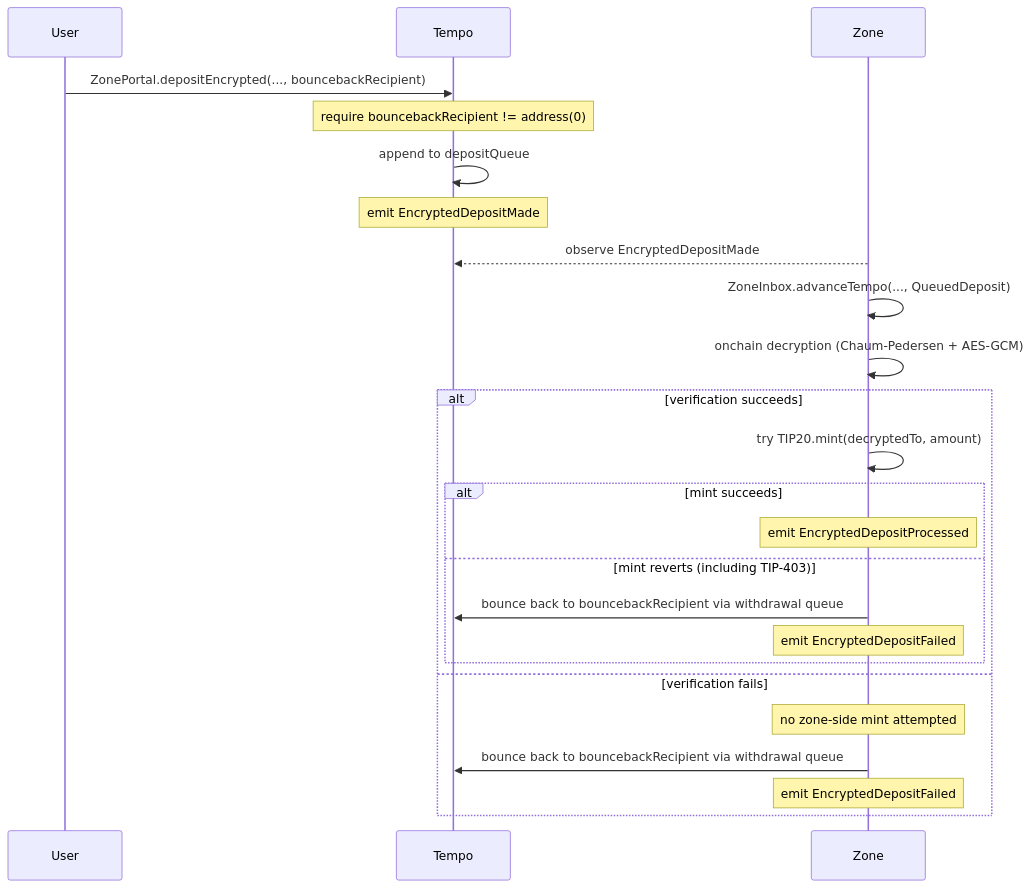
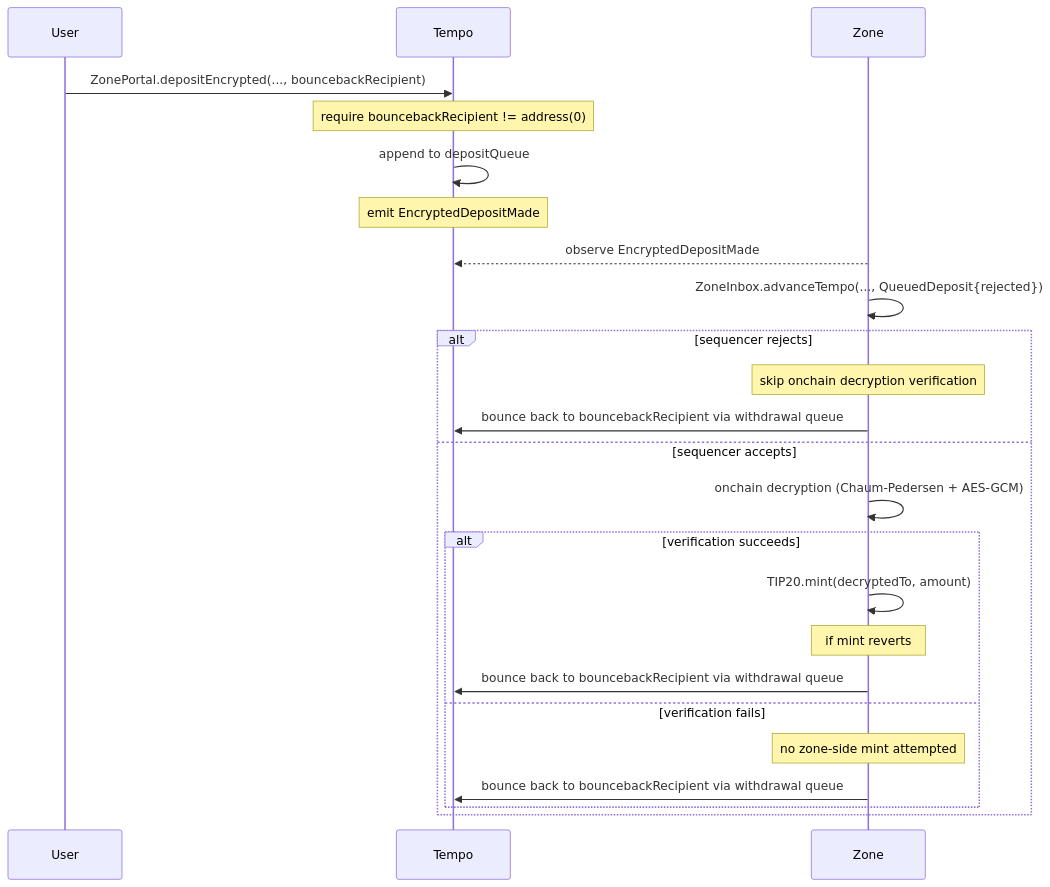
The third of 6 diagrams in specs/spec.md (Dustin4444/zones), drawn with Mermaid before and after one commit. The commit also changed other lines of this file and 1 other file, not shown here.

Commit message:
docs(inbox): restore sequencer deposit rejection

````diff
--- a/specs/spec.md
+++ b/specs/spec.md
@@ -460,27 +460,27 @@
 ```mermaid
 sequenceDiagram
     participant U as User
     participant T as Tempo
     participant Z as Zone
 
     U->>T: ZonePortal.depositEncrypted(..., bouncebackRecipient)
     Note over T: require bouncebackRecipient != address(0)
     T->>T: append to depositQueue
     Note over T: emit EncryptedDepositMade
     Z-->>T: observe EncryptedDepositMade
-    Z->>Z: ZoneInbox.advanceTempo(..., QueuedDeposit)
-    Z->>Z: onchain decryption (Chaum-Pedersen + AES-GCM)
-    alt verification succeeds
-        Z->>Z: try TIP20.mint(decryptedTo, amount)
-        alt mint succeeds
-            Note over Z: emit EncryptedDepositProcessed
-        else mint reverts (including TIP-403)
+    Z->>Z: ZoneInbox.advanceTempo(..., QueuedDeposit{rejected})
+    alt sequencer rejects
+        Note over Z: skip onchain decryption verification
+        Z->>T: bounce back to bouncebackRecipient via withdrawal queue
+    else sequencer accepts
+        Z->>Z: onchain decryption (Chaum-Pedersen + AES-GCM)
+        alt verification succeeds
+            Z->>Z: TIP20.mint(decryptedTo, amount)
+            Note over Z: if mint reverts
             Z->>T: bounce back to bouncebackRecipient via withdrawal queue
-            Note over Z: emit EncryptedDepositFailed
+        else verification fails
+            Note over Z: no zone-side mint attempted
+            Z->>T: bounce back to bouncebackRecipient via withdrawal queue
         end
-    else verification fails
-        Note over Z: no zone-side mint attempted
-        Z->>T: bounce back to bouncebackRecipient via withdrawal queue
-        Note over Z: emit EncryptedDepositFailed
     end
 ```
````
